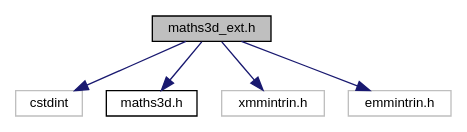
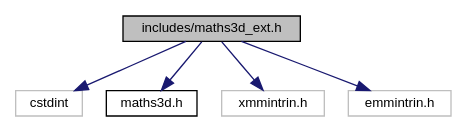
Before and after one commit to JohnRyland/Maths3D: the diagram in Documentation/maths3d__ext_8h__incl.dot, drawn with Graphviz. The commit also changed 56 other files, not shown here.

```diff
--- a/Documentation/maths3d__ext_8h__incl.dot
+++ b/Documentation/maths3d__ext_8h__incl.dot
@@ -1,15 +1,15 @@
-digraph "maths3d_ext.h"
+digraph "includes/maths3d_ext.h"
 {
  // LATEX_PDF_SIZE
   edge [fontname="Helvetica",fontsize="10",labelfontname="Helvetica",labelfontsize="10"];
   node [fontname="Helvetica",fontsize="10",shape=record];
-  Node1 [label="maths3d_ext.h",height=0.2,width=0.4,color="black", fillcolor="grey75", style="filled", fontcolor="black",tooltip=" "];
+  Node1 [label="includes/maths3d_ext.h",height=0.2,width=0.4,color="black", fillcolor="grey75", style="filled", fontcolor="black",tooltip=" "];
   Node1 -> Node2 [color="midnightblue",fontsize="10",style="solid",fontname="Helvetica"];
   Node2 [label="cstdint",height=0.2,width=0.4,color="grey75", fillcolor="white", style="filled",tooltip=" "];
   Node1 -> Node3 [color="midnightblue",fontsize="10",style="solid",fontname="Helvetica"];
   Node3 [label="maths3d.h",height=0.2,width=0.4,color="black", fillcolor="white", style="filled",URL="$maths3d_8h.html",tooltip=" "];
   Node1 -> Node4 [color="midnightblue",fontsize="10",style="solid",fontname="Helvetica"];
   Node4 [label="xmmintrin.h",height=0.2,width=0.4,color="grey75", fillcolor="white", style="filled",tooltip=" "];
   Node1 -> Node5 [color="midnightblue",fontsize="10",style="solid",fontname="Helvetica"];
   Node5 [label="emmintrin.h",height=0.2,width=0.4,color="grey75", fillcolor="white", style="filled",tooltip=" "];
 }
```
